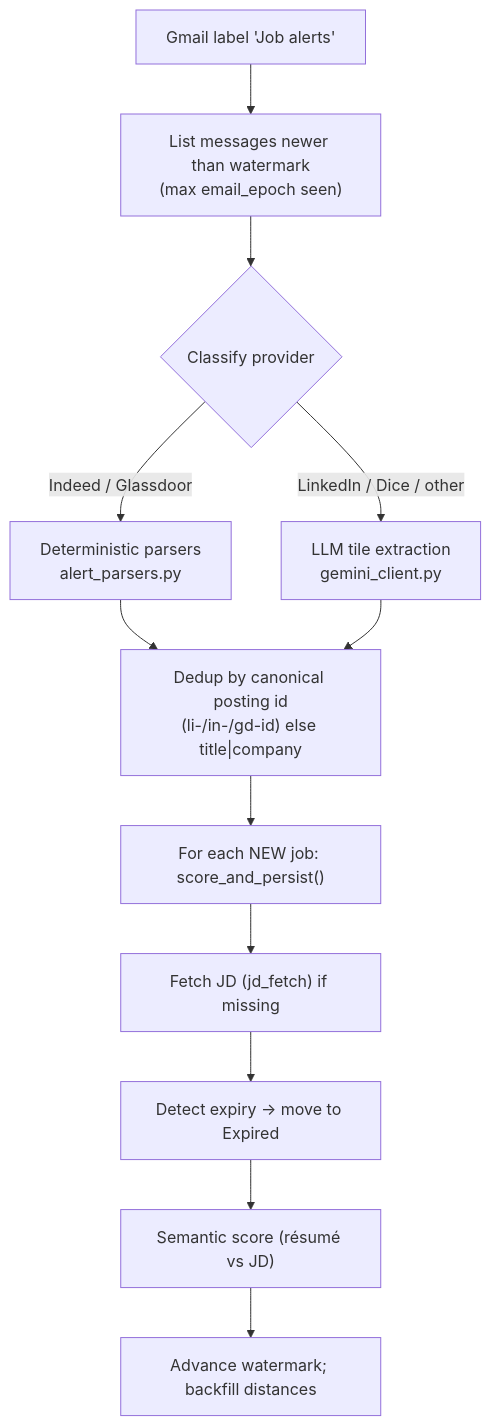
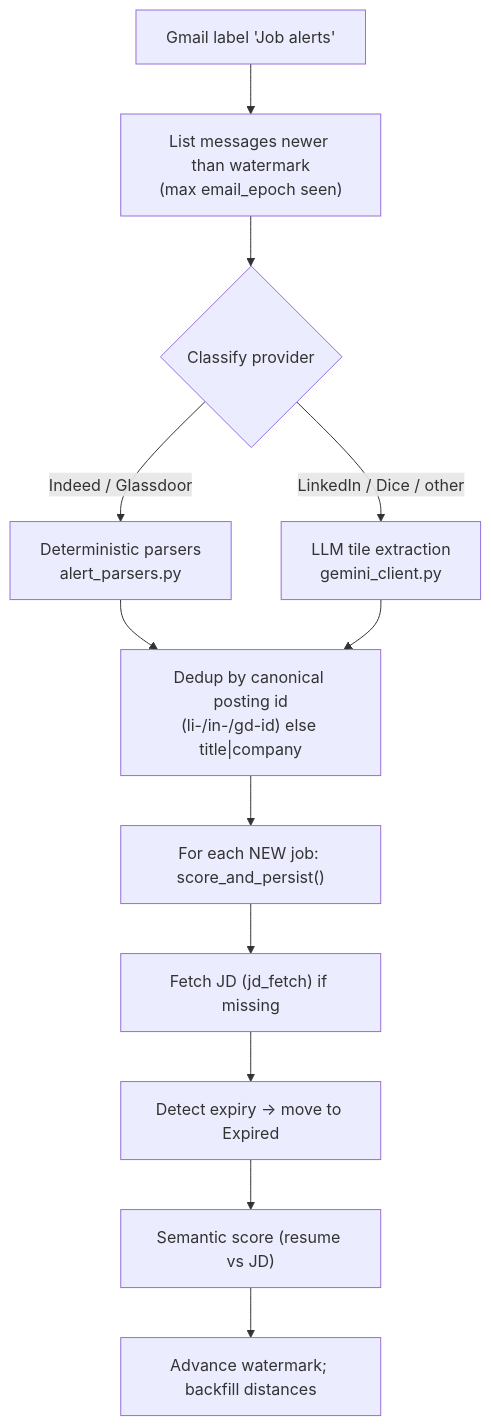
One commit to gcheruku/jobtracker changed the second of 3 diagrams in docs/Architecture.md. Above: the diagram before and after it, drawn with Mermaid. The commit also changed other lines of this file and 12 other files, not shown here.

First line of the commit message:
docs: drop accents on "resume" (resume, not résumé)

````diff
--- a/docs/Architecture.md
+++ b/docs/Architecture.md
@@ -139,14 +139,14 @@
 ```mermaid
 flowchart TD
     A["Gmail label 'Job alerts'"] --> B["List messages newer than watermark<br/>(max email_epoch seen)"]
     B --> C{Classify provider}
     C -->|Indeed / Glassdoor| D["Deterministic parsers<br/>alert_parsers.py"]
     C -->|LinkedIn / Dice / other| E["LLM tile extraction<br/>gemini_client.py"]
     D --> F["Dedup by canonical posting id<br/>(li-/in-/gd-id) else title|company"]
     E --> F
     F --> G["For each NEW job: score_and_persist()"]
     G --> H["Fetch JD (jd_fetch) if missing"]
     H --> I["Detect expiry -> move to Expired"]
-    I --> J["Semantic score (résumé vs JD)"]
+    I --> J["Semantic score (resume vs JD)"]
     J --> K["Advance watermark; backfill distances"]
 ```
````
